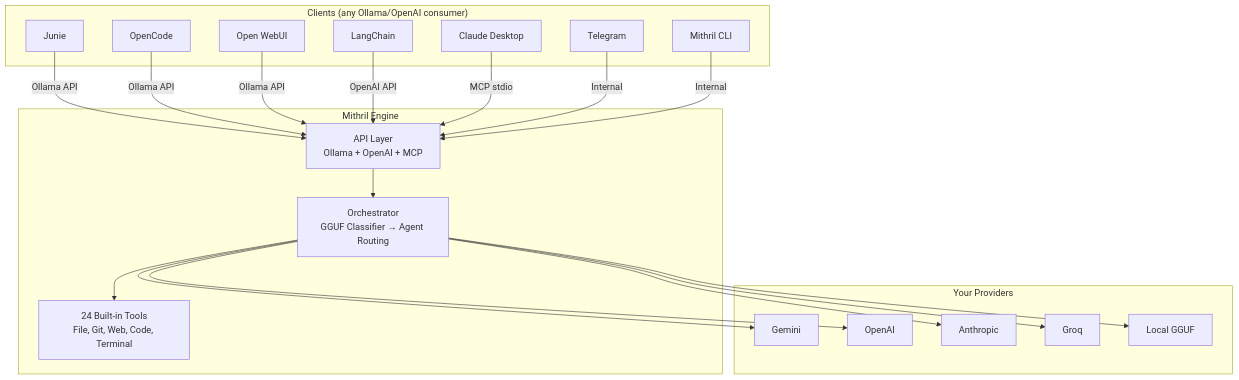
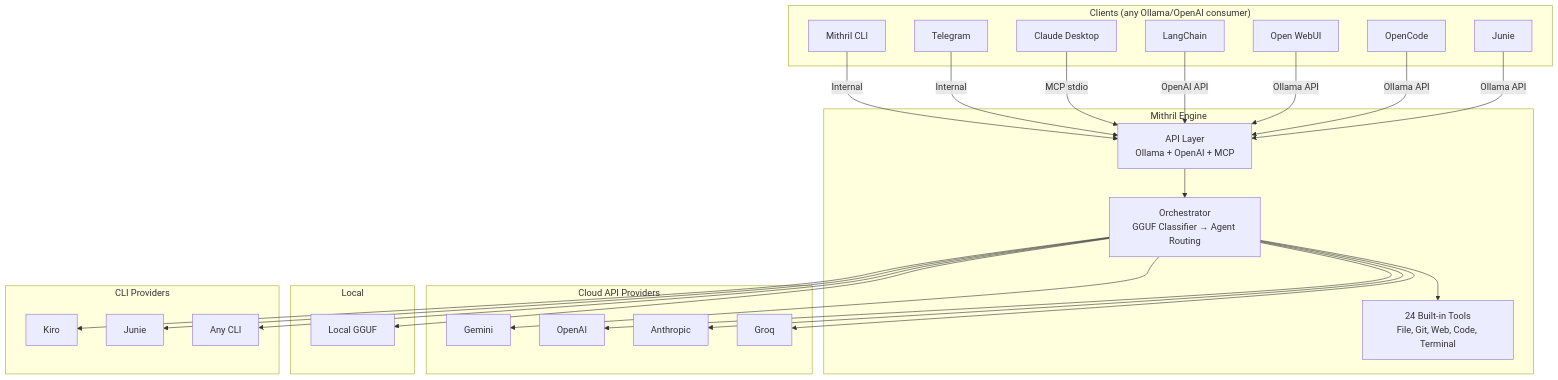
One commit to GiacomoSaccaggi/Mithril changed the diagram in README.md. Above: the diagram before and after it, drawn with Mermaid. The commit also changed other lines of this file and 15 other files, not shown here.

````diff
--- a/README.md
+++ b/README.md
@@ -71,42 +71,54 @@
 ```mermaid
 graph TB
     subgraph "Clients (any Ollama/OpenAI consumer)"
         J[Junie]
         O[OpenCode]
         W[Open WebUI]
         L[LangChain]
         C[Claude Desktop]
         T[Telegram]
         CLI[Mithril CLI]
     end
 
     subgraph "Mithril Engine"
         API[API Layer<br/>Ollama + OpenAI + MCP]
         ORCH[Orchestrator<br/>GGUF Classifier → Agent Routing]
         TOOLS[24 Built-in Tools<br/>File, Git, Web, Code, Terminal]
     end
 
-    subgraph "Your Providers"
+    subgraph "Cloud API Providers"
         G[Gemini]
         GPT[OpenAI]
         A[Anthropic]
         GR[Groq]
+    end
+
+    subgraph "Local"
         LOCAL[Local GGUF]
+    end
+
+    subgraph "CLI Providers"
+        K[Kiro]
+        JN[Junie]
+        ANY[Any CLI]
     end
 
     J -->|Ollama API| API
     O -->|Ollama API| API
     W -->|Ollama API| API
     L -->|OpenAI API| API
     C -->|MCP stdio| API
     T -->|Internal| API
     CLI -->|Internal| API
 
     API --> ORCH
     ORCH --> G
     ORCH --> GPT
     ORCH --> A
     ORCH --> GR
     ORCH --> LOCAL
+    ORCH --> K
+    ORCH --> JN
+    ORCH --> ANY
     ORCH --> TOOLS
 ```
````
